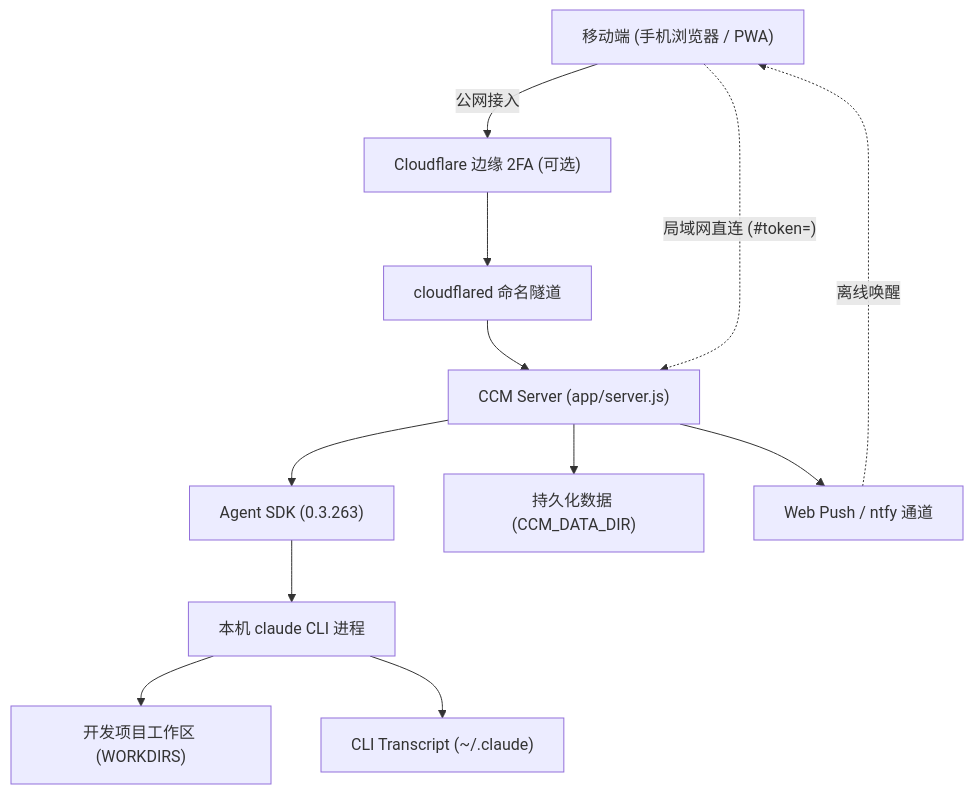
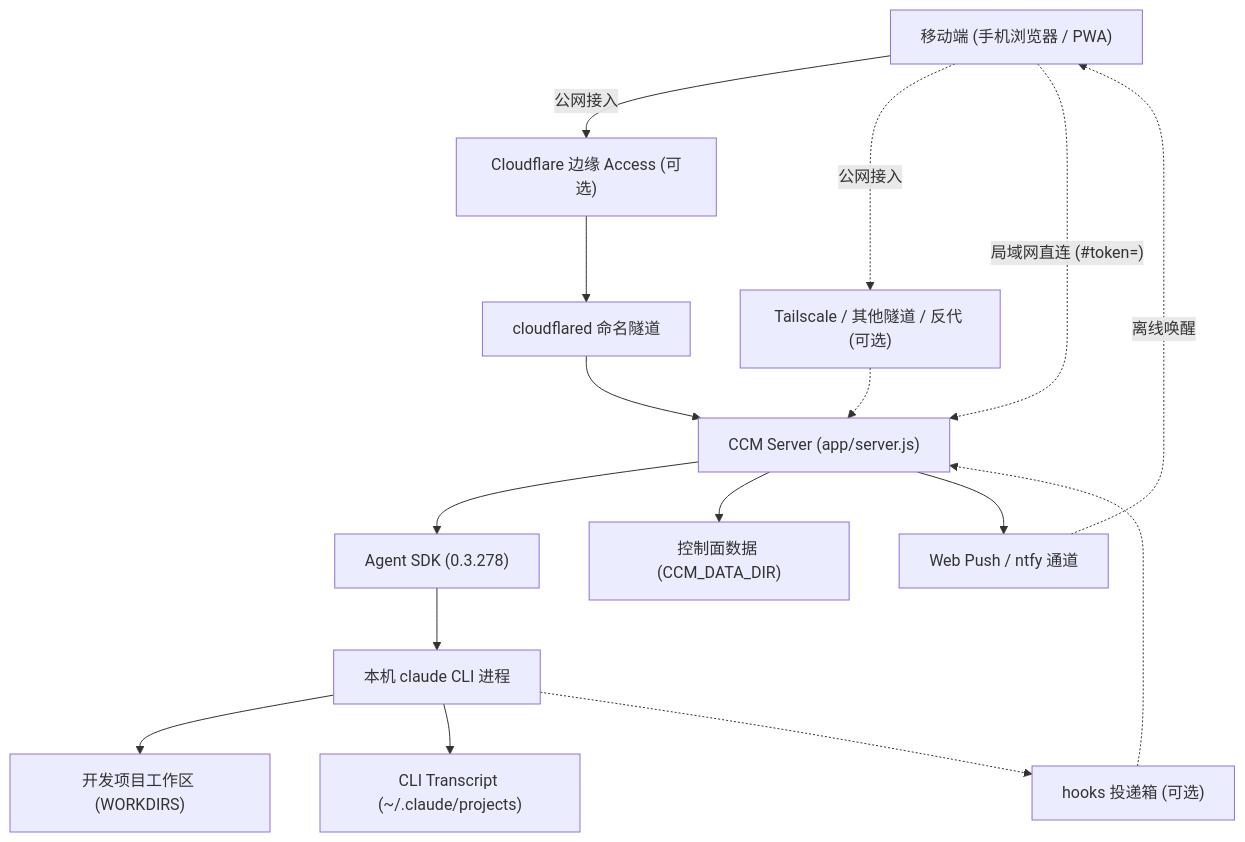
Before and after one commit to Ike-li/claude-chat-mobile: the diagram in docs-site/pages/integrations.md, drawn with Mermaid. The commit also changed other lines of this file and 88 other files, not shown here.

````diff
--- a/docs-site/pages/integrations.md
+++ b/docs-site/pages/integrations.md
@@ -23,21 +27,25 @@
 ```mermaid
 flowchart TB
   Phone["移动端 (手机浏览器 / PWA)"]
-  CF["Cloudflare 边缘 2FA (可选)"]
+  CF["Cloudflare 边缘 Access (可选)"]
   Tunnel["cloudflared 命名隧道"]
+  Alt["Tailscale / 其他隧道 / 反代 (可选)"]
   Server["CCM Server (app/server.js)"]
-  SDK["Agent SDK (0.3.263)"]
+  SDK["Agent SDK (0.3.278)"]
   CLI["本机 claude CLI 进程"]
   FS["开发项目工作区 (WORKDIRS)"]
   Push["Web Push / ntfy 通道"]
-  Data["持久化数据 (CCM_DATA_DIR)"]
-  Disk["CLI Transcript (~/.claude)"]
+  Data["控制面数据 (CCM_DATA_DIR)"]
+  Disk["CLI Transcript (~/.claude/projects)"]
+  Hooks["hooks 投递箱 (可选)"]
 
   Phone -->|"公网接入"| CF --> Tunnel --> Server
+  Phone -.->|"公网接入"| Alt -.-> Server
   Phone -.->|"局域网直连 (#token=)"| Server
   Server --> SDK --> CLI --> FS
   Server --> Data
   CLI --> Disk
+  CLI -.-> Hooks -.-> Server
   Server --> Push
   Push -.->|"离线唤醒"| Phone
 ```
````
